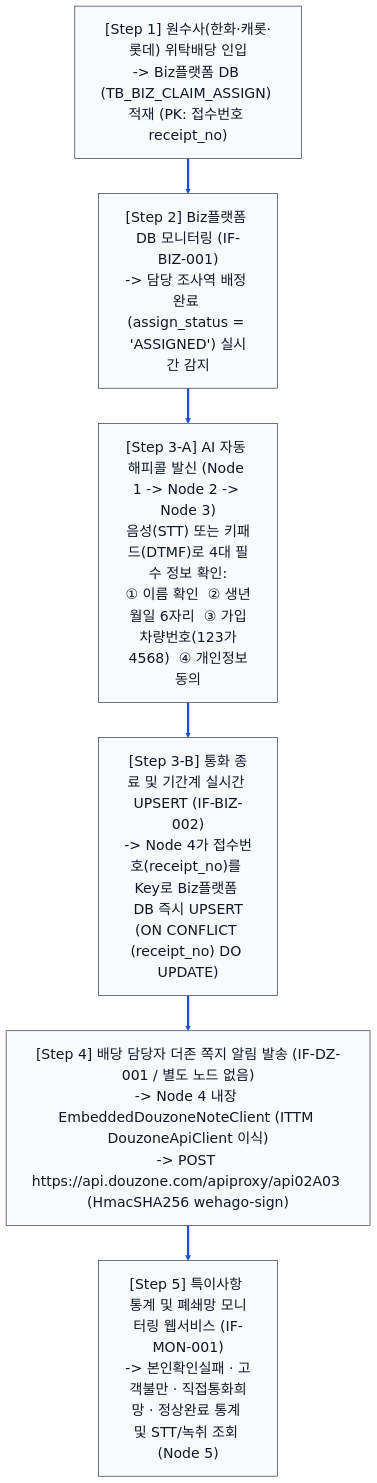
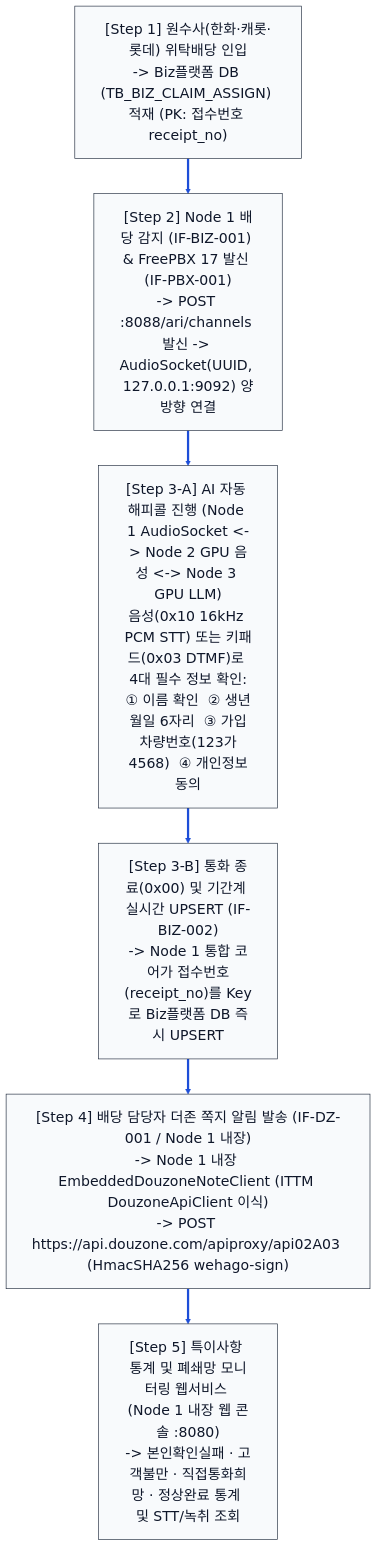
Before and after one commit to herosonsa1/AI_HappyCall: the first of 2 diagrams in dist/docs/03_업무프로세스_다이어그램.md, drawn with Mermaid. The commit also changed other lines of this file and 88 other files, not shown here.

Commit message:
feat: consolidate Node 1+4+5 into unified Node 1 Core Platform (3-Node / 2 physical servers) and add FreePBX 17 AudioSocket/ARI implementation & docs

````diff
--- a/dist/docs/03_업무프로세스_다이어그램.md
+++ b/dist/docs/03_업무프로세스_다이어그램.md
@@ -63,29 +63,29 @@
 ```mermaid
 %%{init: {
   'theme': 'base',
   'themeVariables': {
     'fontSize': '22px',
     'fontFamily': 'Pretendard, Malgun Gothic, sans-serif',
     'primaryColor': '#f8fafc',
     'primaryTextColor': '#0f172a',
     'primaryBorderColor': '#1e293b',
     'lineColor': '#1d4ed8',
     'secondaryColor': '#eff6ff',
     'tertiaryColor': '#f1f5f9'
   },
   'flowchart': {
     'nodeSpacing': 45,
     'rankSpacing': 55,
     'padding': 20
   }
 }}%%
 flowchart TD
     S1["[Step 1] 원수사(한화·캐롯·롯데) 위탁배당 인입\n-> Biz플랫폼 DB (TB_BIZ_CLAIM_ASSIGN) 적재 (PK: 접수번호 receipt_no)"]
-    S2["[Step 2] Biz플랫폼 DB 모니터링 (IF-BIZ-001)\n-> 담당 조사역 배정 완료 (assign_status = 'ASSIGNED') 실시간 감지"]
-    S3A["[Step 3-A] AI 자동 해피콜 발신 (Node 1 -> Node 2 -> Node 3)\n음성(STT) 또는 키패드(DTMF)로 4대 필수 정보 확인:\n① 이름 확인  ② 생년월일 6자리  ③ 가입차량번호(123가4568)  ④ 개인정보동의"]
-    S3B["[Step 3-B] 통화 종료 및 기간계 실시간 UPSERT (IF-BIZ-002)\n-> Node 4가 접수번호(receipt_no)를 Key로 Biz플랫폼 DB 즉시 UPSERT\n(ON CONFLICT (receipt_no) DO UPDATE)"]
-    S4["[Step 4] 배당 담당자 더존 쪽지 알림 발송 (IF-DZ-001 / 별도 노드 없음)\n-> Node 4 내장 EmbeddedDouzoneNoteClient (ITTM DouzoneApiClient 이식)\n-> POST https://api.douzone.com/apiproxy/api02A03 (HmacSHA256 wehago-sign)"]
-    S5["[Step 5] 특이사항 통계 및 폐쇄망 모니터링 웹서비스 (IF-MON-001)\n-> 본인확인실패 · 고객불만 · 직접통화희망 · 정상완료 통계 및 STT/녹취 조회 (Node 5)"]
+    S2["[Step 2] Node 1 배당 감지 (IF-BIZ-001) & FreePBX 17 발신 (IF-PBX-001)\n-> POST :8088/ari/channels 발신 -> AudioSocket(UUID, 127.0.0.1:9092) 양방향 연결"]
+    S3A["[Step 3-A] AI 자동 해피콜 진행 (Node 1 AudioSocket <-> Node 2 GPU 음성 <-> Node 3 GPU LLM)\n음성(0x10 16kHz PCM STT) 또는 키패드(0x03 DTMF)로 4대 필수 정보 확인:\n① 이름 확인  ② 생년월일 6자리  ③ 가입차량번호(123가4568)  ④ 개인정보동의"]
+    S3B["[Step 3-B] 통화 종료(0x00) 및 기간계 실시간 UPSERT (IF-BIZ-002)\n-> Node 1 통합 코어가 접수번호(receipt_no)를 Key로 Biz플랫폼 DB 즉시 UPSERT"]
+    S4["[Step 4] 배당 담당자 더존 쪽지 알림 발송 (IF-DZ-001 / Node 1 내장)\n-> Node 1 내장 EmbeddedDouzoneNoteClient (ITTM DouzoneApiClient 이식)\n-> POST https://api.douzone.com/apiproxy/api02A03 (HmacSHA256 wehago-sign)"]
+    S5["[Step 5] 특이사항 통계 및 폐쇄망 모니터링 웹서비스 (Node 1 내장 웹 콘솔 :8080)\n-> 본인확인실패 · 고객불만 · 직접통화희망 · 정상완료 통계 및 STT/녹취 조회"]
 
     S1 ==> S2 ==> S3A ==> S3B ==> S4 ==> S5
 ```
````
